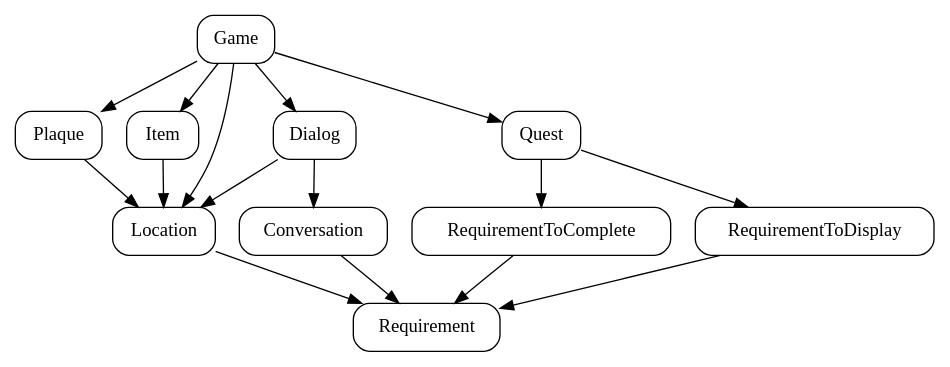
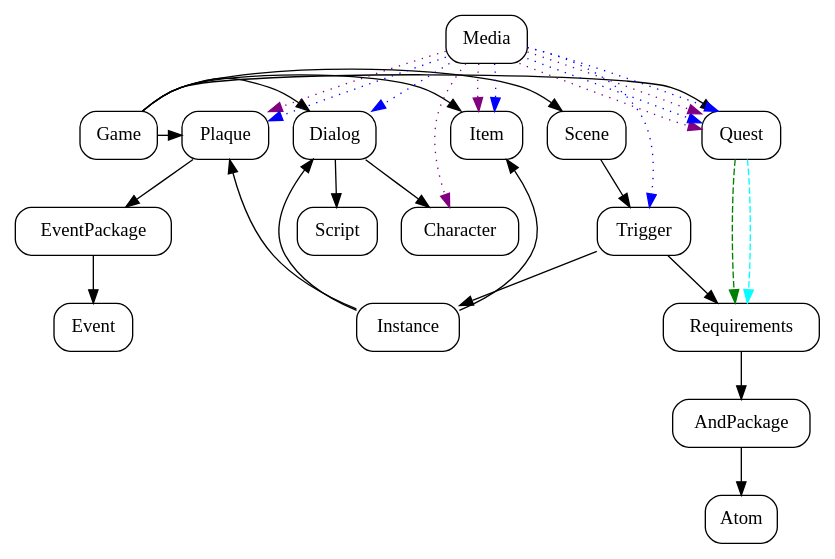
The diagram in docs/associations.dot (ARISGames/jsEditor), drawn with Graphviz before and after one commit. The commit also changed 1 other file, not shown here.

```diff
--- a/docs/associations.dot
+++ b/docs/associations.dot
@@ -1,24 +1,62 @@
 digraph G {
+
+	rankdir="TB";
 
 	node [
 		style = "rounded"
 		shape = "box"
 	];
 
-	Game->Plaque;
-	Game->Dialog;
-	Game->Item;
-	Game->Quest;
-	Game->Location;
+	Game;
 
-	Plaque->Location;
-	Dialog->Location;
-	Item->Location;
+	subgraph game_objects {
+		rank="same";
 
-	Dialog->Conversation;
+		Game->Scene;
+		Game->Quest;
 
-	Location->Requirement;
-	Conversation->Requirement;
-	Quest->RequirementToComplete->Requirement;
-	Quest->RequirementToDisplay->Requirement;
+		Game->Plaque;
+		Game->Dialog;
+		Game->Item;
+	}
+
+	Scene->Trigger;
+
+	Trigger->Instance;
+
+	Instance->Plaque;
+	Instance->Dialog;
+	Instance->Item;
+
+	Trigger->Requirements;
+	Requirements->AndPackage;
+	AndPackage->Atom;
+
+	Quest->Requirements [color=green style=dashed];
+	Quest->Requirements [color=cyan  style=dashed];
+
+	Plaque->EventPackage;
+	EventPackage->Event;
+
+	Dialog->Character;
+	Dialog->Script;
+
+	edge [style=dotted];
+	Media->Dialog [color=blue];
+	Media->Trigger [color=blue];
+
+	Media->Plaque [color=purple];
+	Media->Plaque [color=blue];
+
+	Media->Item [color=purple];
+	Media->Item [color=blue];
+
+	Media->Character [color=purple];
+
+	Media->Quest [color=purple];
+	Media->Quest [color=blue];
+
+	Media->Quest [color=purple];
+	Media->Quest [color=blue];
+
 }
```
